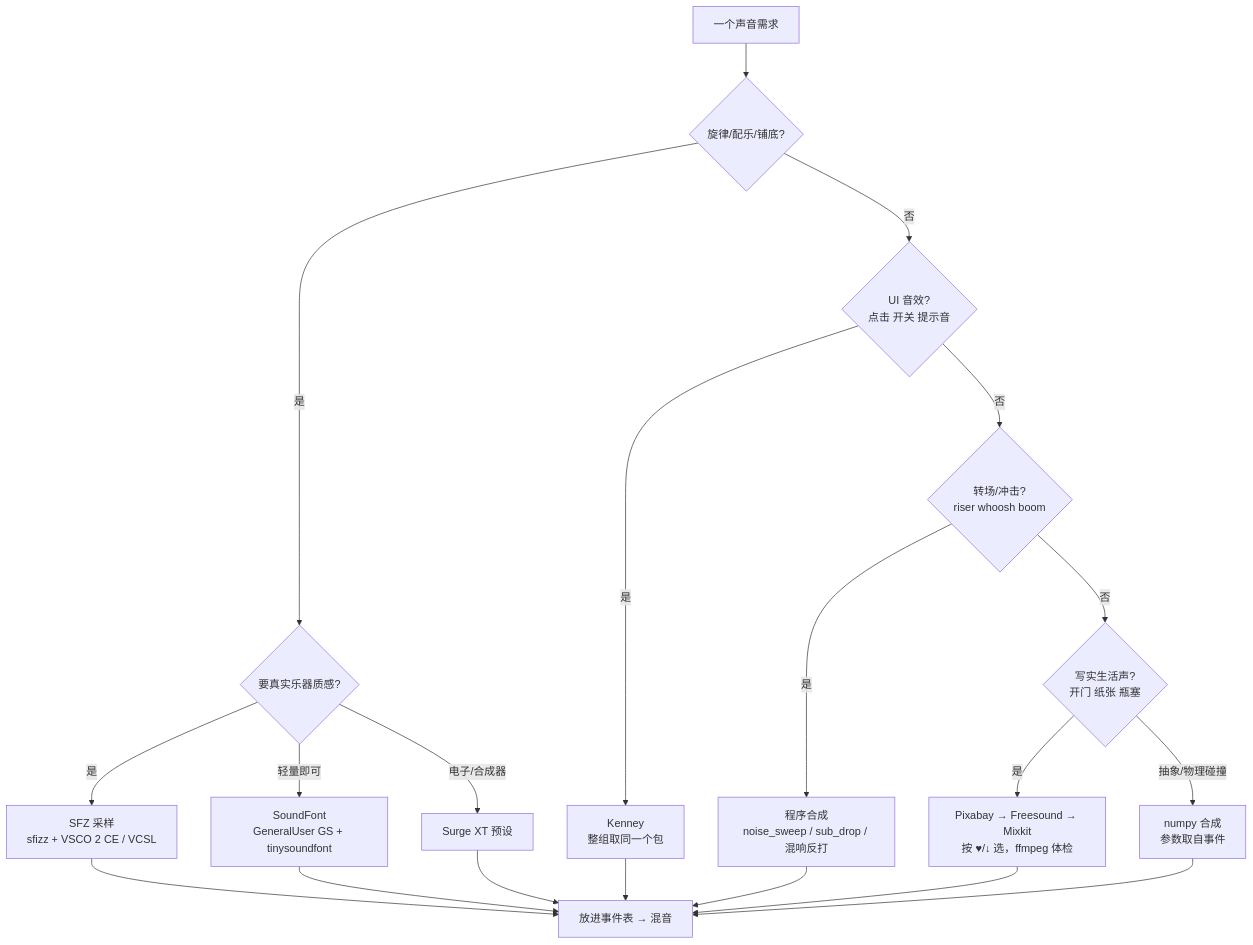
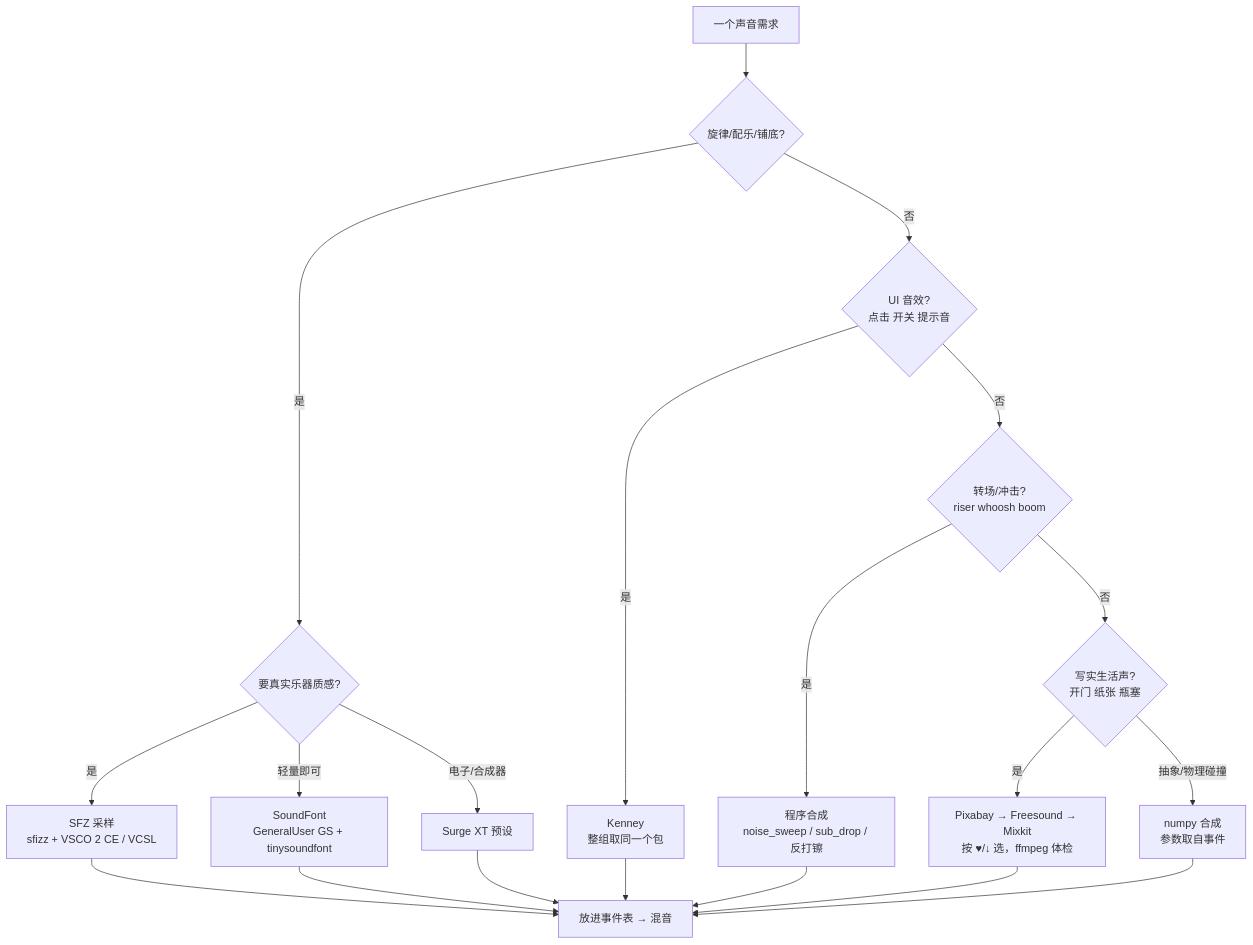
The first of 2 diagrams in topics/video_production/ai_video_sound_guide.md (SherlockGy/grokbot-knowledge-archive), drawn with Mermaid before and after one commit. The commit also changed other lines of this file, not shown here.

````diff
--- a/topics/video_production/ai_video_sound_guide.md
+++ b/topics/video_production/ai_video_sound_guide.md
@@ -76,16 +76,16 @@
 ```mermaid
 flowchart TD
     A["一个声音需求"] --> B{"旋律/配乐/铺底?"}
     B -- 是 --> C{"要真实乐器质感?"}
     C -- 是 --> C1["SFZ 采样<br/>sfizz + VSCO 2 CE / VCSL"]
     C -- 轻量即可 --> C2["SoundFont<br/>GeneralUser GS + tinysoundfont"]
     C -- "电子/合成器" --> C3["Surge XT 预设"]
     B -- 否 --> D{"UI 音效?<br/>点击 开关 提示音"}
     D -- 是 --> K["Kenney<br/>整组取同一个包"]
     D -- 否 --> E{"转场/冲击?<br/>riser whoosh boom"}
-    E -- 是 --> P["程序合成<br/>noise_sweep / sub_drop / 混响反打"]
+    E -- 是 --> P["程序合成<br/>noise_sweep / sub_drop / 反打镲"]
     E -- 否 --> F{"写实生活声?<br/>开门 纸张 瓶塞"}
     F -- 是 --> G["Pixabay → Freesound → Mixkit<br/>按 ♥/↓ 选，ffmpeg 体检"]
     F -- "抽象/物理碰撞" --> H["numpy 合成<br/>参数取自事件"]
     C1 & C2 & C3 & K & P & G & H --> Z["放进事件表 → 混音"]
 ```
````
